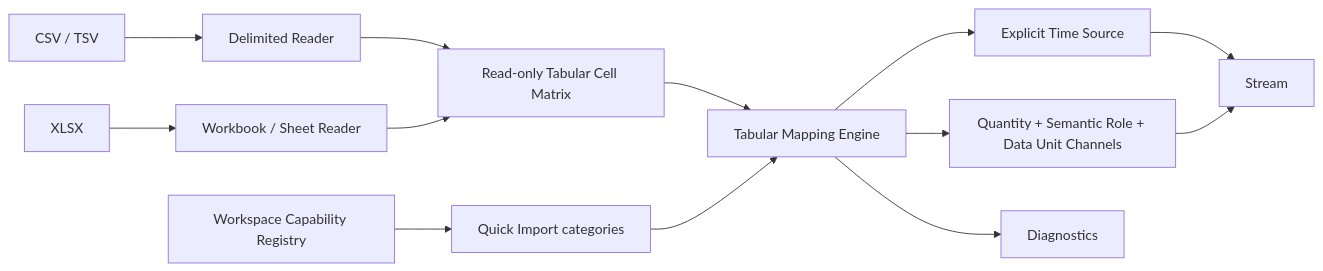
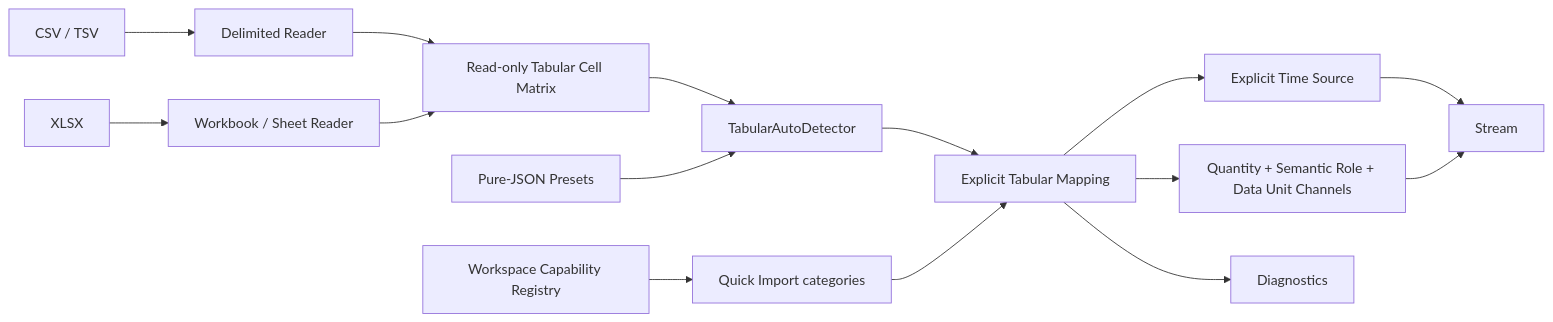
The second of 2 diagrams in docs/Architecture.md (aleistercrowleybeast666/Underline_RETLDC), drawn with Mermaid before and after one commit. The commit also changed other lines of this file and 30 other files, not shown here.

````diff
--- a/docs/Architecture.md
+++ b/docs/Architecture.md
@@ -67,15 +67,17 @@
 ```mermaid
 flowchart LR
     CSV["CSV / TSV"] --> DR["Delimited Reader"]
     XLSX["XLSX"] --> XR["Workbook / Sheet Reader"]
     DR --> T["Read-only Tabular Cell Matrix"]
     XR --> T
-    T --> M["Tabular Mapping Engine"]
+    T --> AD["TabularAutoDetector"]
+    PS["Pure-JSON Presets"] --> AD
+    AD --> M["Explicit Tabular Mapping"]
     WC["Workspace Capability Registry"] --> QI["Quick Import categories"]
     QI --> M
     M --> TIME["Explicit Time Source"]
     M --> CH["Quantity + Semantic Role + Data Unit Channels"]
     M --> DG["Diagnostics"]
     TIME --> ST["Stream"]
     CH --> ST
 ```
````
